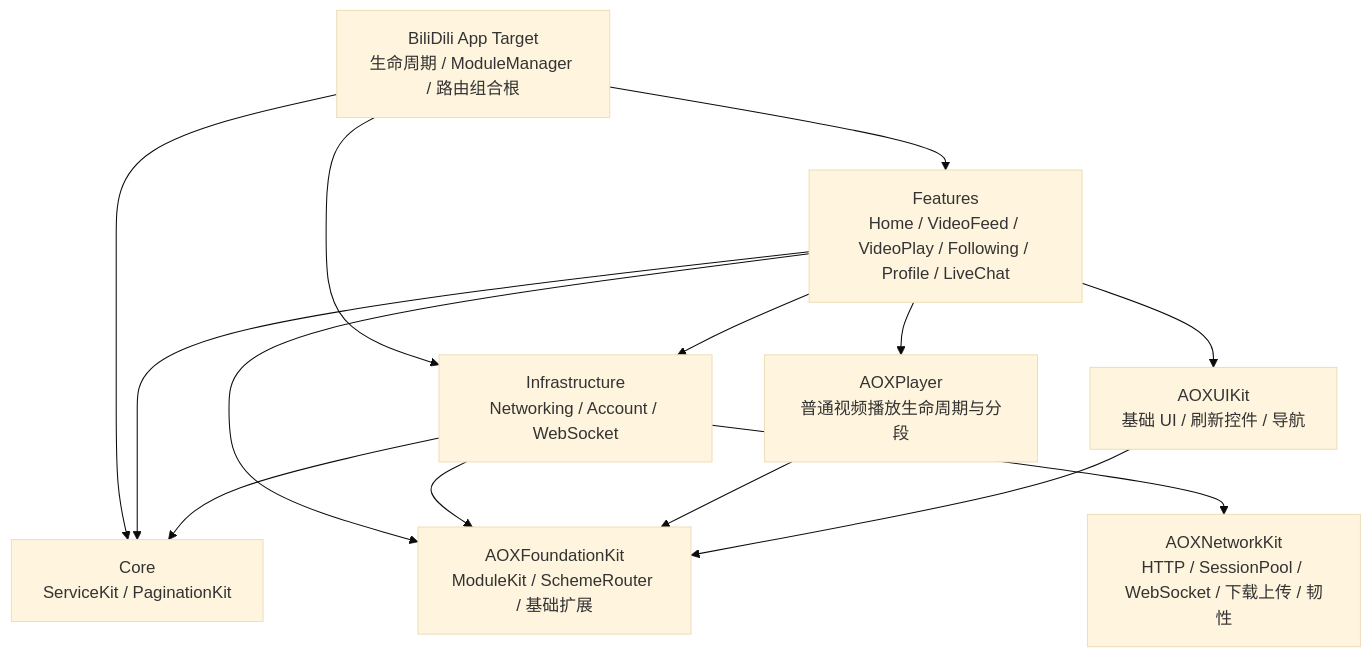
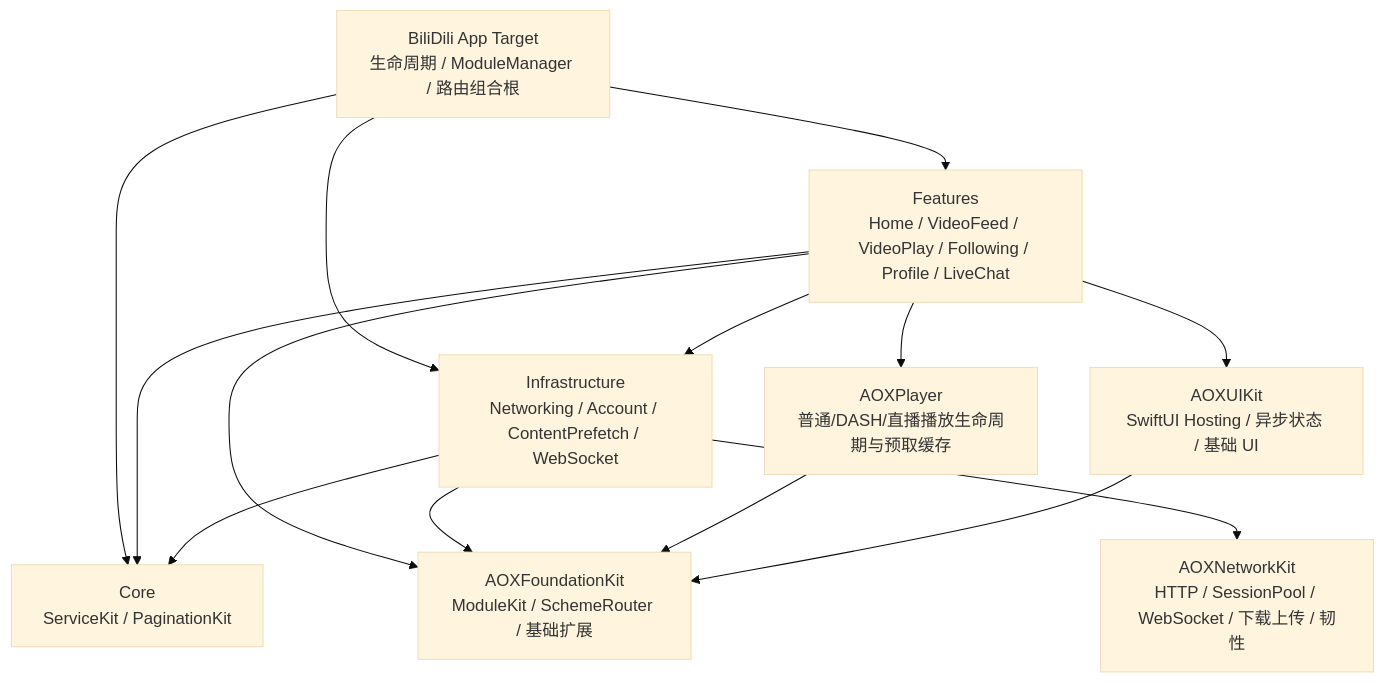
Before and after one commit to GxFn/AlembicWorkspace: the diagram in docs/BiliDili/architecture-audit-and-remediation-2026-07-10.md, drawn with Mermaid (base theme). The commit also changed other lines of this file and 150 other files, not shown here.

````diff
--- a/docs/BiliDili/architecture-audit-and-remediation-2026-07-10.md
+++ b/docs/BiliDili/architecture-audit-and-remediation-2026-07-10.md
@@ -17,25 +19,25 @@
 ```mermaid
 flowchart TD
     App["BiliDili App Target\n生命周期 / ModuleManager / 路由组合根"]
     Features["Features\nHome / VideoFeed / VideoPlay / Following / Profile / LiveChat"]
-    Infra["Infrastructure\nNetworking / Account / WebSocket"]
+    Infra["Infrastructure\nNetworking / Account / ContentPrefetch / WebSocket"]
     Core["Core\nServiceKit / PaginationKit"]
     Foundation["AOXFoundationKit\nModuleKit / SchemeRouter / 基础扩展"]
     Network["AOXNetworkKit\nHTTP / SessionPool / WebSocket / 下载上传 / 韧性"]
-    Player["AOXPlayer\n普通视频播放生命周期与分段"]
-    UIKit["AOXUIKit\n基础 UI / 刷新控件 / 导航"]
+    Player["AOXPlayer\n普通/DASH/直播播放生命周期与预取缓存"]
+    UIKit["AOXUIKit\nSwiftUI Hosting / 异步状态 / 基础 UI"]
 
     App --> Features
     App --> Infra
     App --> Core
     Features --> Infra
     Features --> Core
     Features --> Foundation
     Features --> Player
     Features --> UIKit
     Infra --> Core
     Infra --> Foundation
     Infra --> Network
     Player --> Foundation
     UIKit --> Foundation
 ```
````
